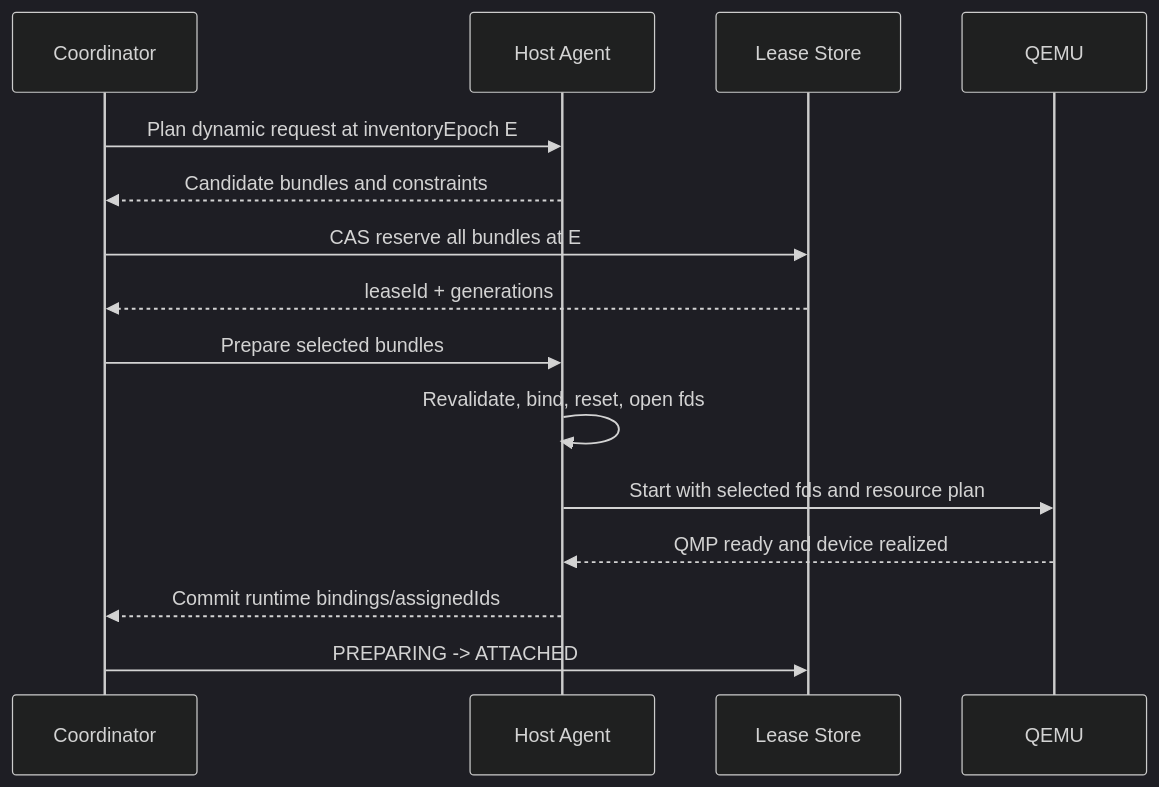
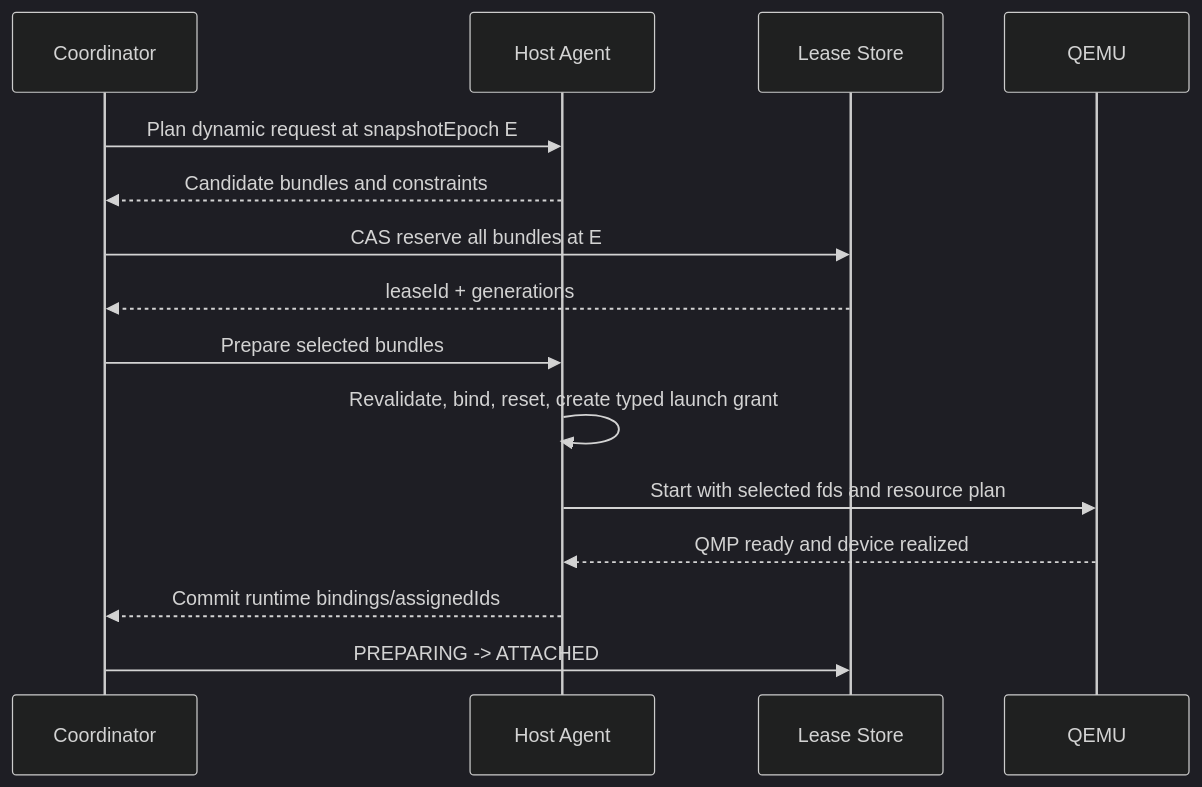
Diagram 17 of 21 in qemu-static-dynamic-directpath-design.md (JoJoJoinme/pci-mmio-notes), drawn with Mermaid (dark theme) before and after one commit. The commit also changed other lines of this file and 69 other files, not shown here.

````diff
--- a/qemu-static-dynamic-directpath-design.md
+++ b/qemu-static-dynamic-directpath-design.md
@@ -2453,17 +2723,17 @@
 ```mermaid
 sequenceDiagram
     participant C as Coordinator
     participant H as Host Agent
     participant L as Lease Store
     participant Q as QEMU
-    C->>H: Plan dynamic request at inventoryEpoch E
+    C->>H: Plan dynamic request at snapshotEpoch E
     H-->>C: Candidate bundles and constraints
     C->>L: CAS reserve all bundles at E
     L-->>C: leaseId + generations
     C->>H: Prepare selected bundles
-    H->>H: Revalidate, bind, reset, open fds
+    H->>H: Revalidate, bind, reset, create typed launch grant
     H->>Q: Start with selected fds and resource plan
     Q-->>H: QMP ready and device realized
     H-->>C: Commit runtime bindings/assignedIds
     C->>L: PREPARING -> ATTACHED
 ```
````
